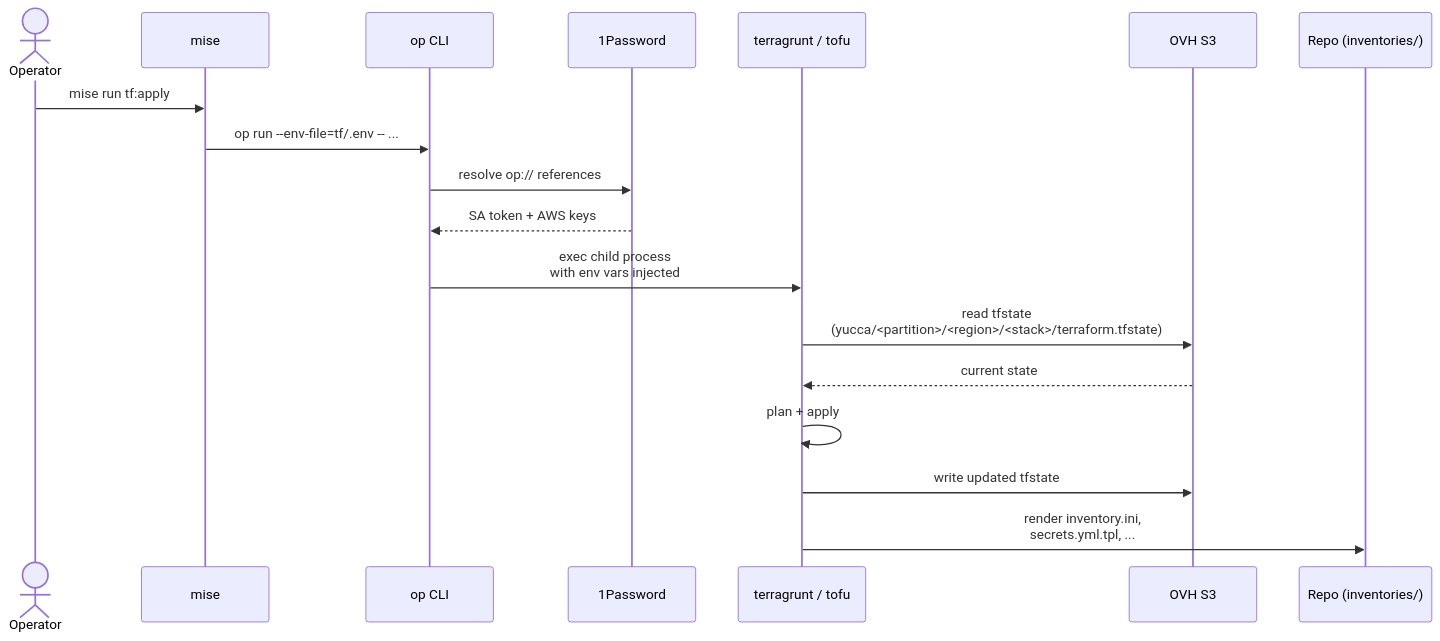
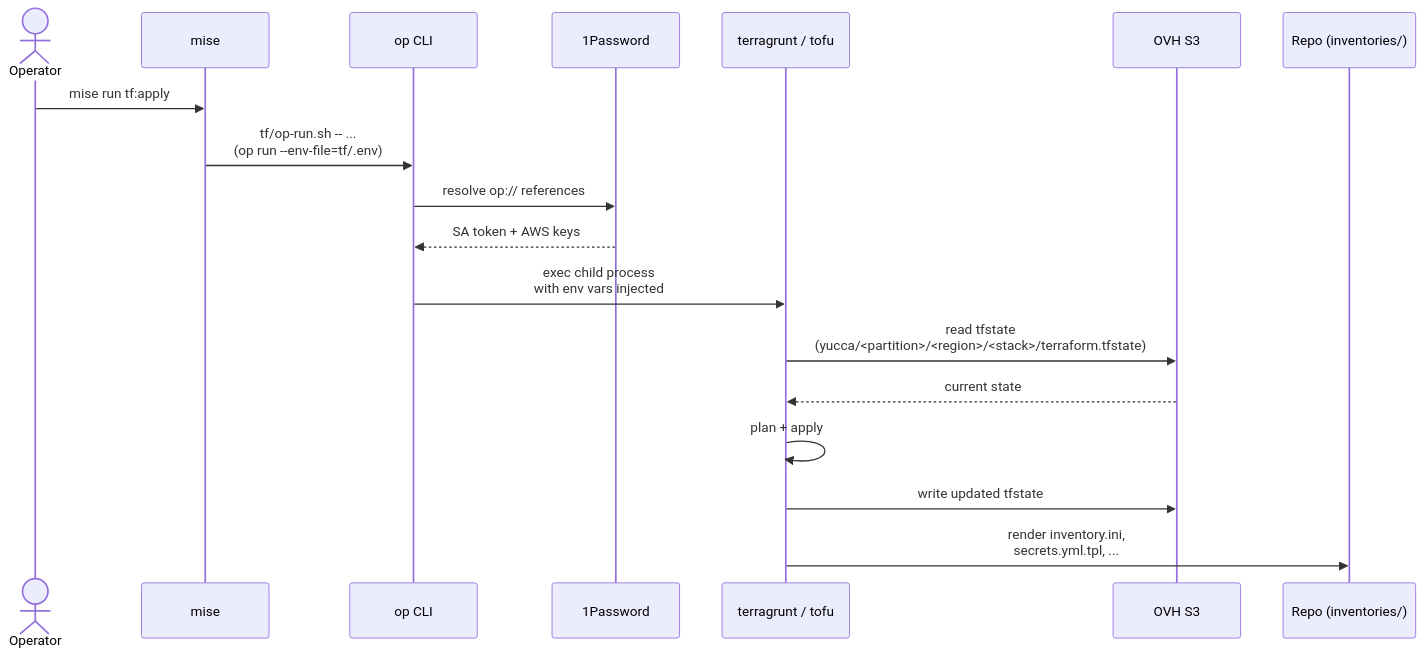
The sixth of 11 diagrams in ansible/ceph/docs/architecture.md (immich-app/yucca), drawn with Mermaid before and after one commit. The commit also changed other lines of this file and 16 other files, not shown here.

````diff
--- a/ansible/ceph/docs/architecture.md
+++ b/ansible/ceph/docs/architecture.md
@@ -536,21 +566,21 @@
 ```mermaid
 sequenceDiagram
     actor OP as Operator
     participant MISE as mise
     participant OPCLI as op CLI
     participant ONEP as 1Password
     participant TG as terragrunt / tofu
     participant S3 as OVH S3
     participant REPO as Repo (inventories/)
 
     OP->>MISE: mise run tf:apply
-    MISE->>OPCLI: op run --env-file=tf/.env -- ...
+    MISE->>OPCLI: tf/op-run.sh -- ...<br/>(op run --env-file=tf/.env)
     OPCLI->>ONEP: resolve op:// references
     ONEP-->>OPCLI: SA token + AWS keys
     OPCLI->>TG: exec child process<br/>with env vars injected
     TG->>S3: read tfstate<br/>(yucca/<partition>/<region>/<stack>/terraform.tfstate)
     S3-->>TG: current state
     TG->>TG: plan + apply
     TG->>S3: write updated tfstate
     TG->>REPO: render inventory.ini,<br/>secrets.yml.tpl, ...
 ```
````
